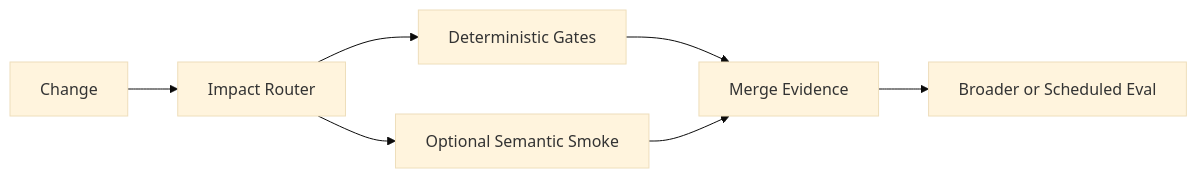
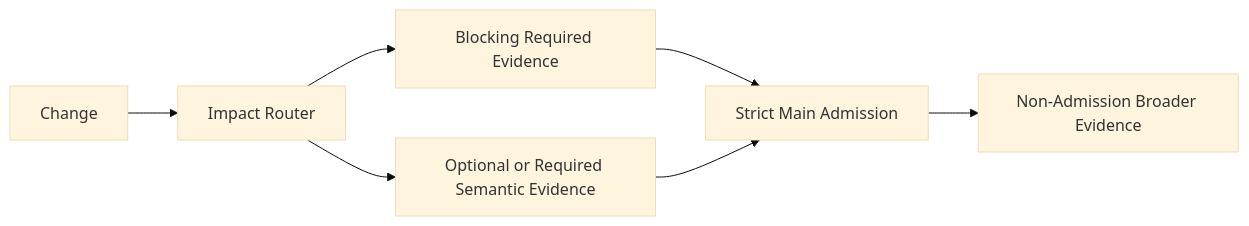
The diagram in .agents/skills/mols-ci-design/references/handoff.md (mols3131d/mols-agent-assets), drawn with Mermaid (base theme) before and after one commit. The commit also changed other lines of this file and 3 other files, not shown here.

````diff
--- a/.agents/skills/mols-ci-design/references/handoff.md
+++ b/.agents/skills/mols-ci-design/references/handoff.md
@@ -92,9 +106,9 @@
 ```mermaid
 flowchart LR
     C[Change] --> R[Impact Router]
-    R --> D[Deterministic Gates]
-    R --> S[Optional Semantic Smoke]
-    D --> M[Merge Evidence]
+    R --> D[Blocking Required Evidence]
+    R --> S[Optional or Required Semantic Evidence]
+    D --> M[Strict Main Admission]
     S --> M
-    M --> F[Broader or Scheduled Eval]
+    M --> F[Non-Admission Broader Evidence]
 ```
````
